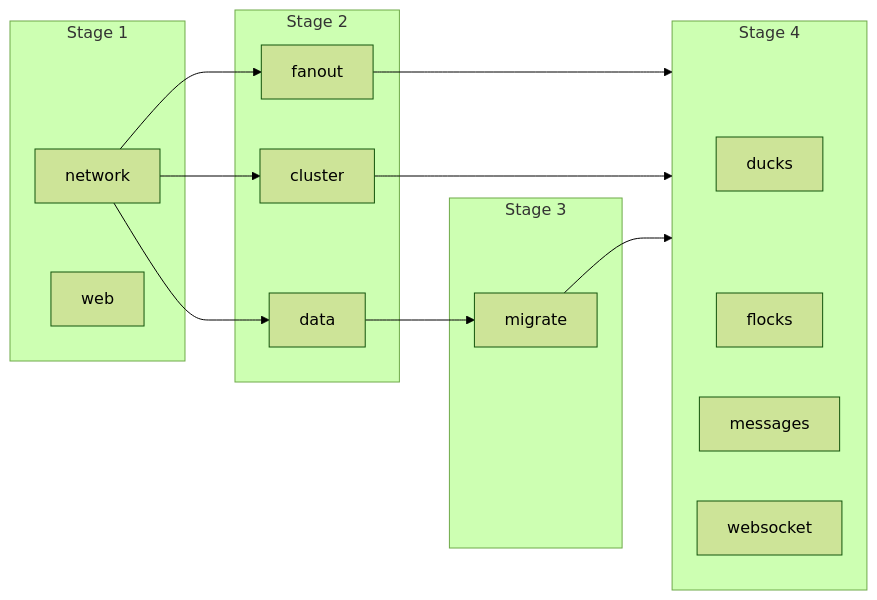
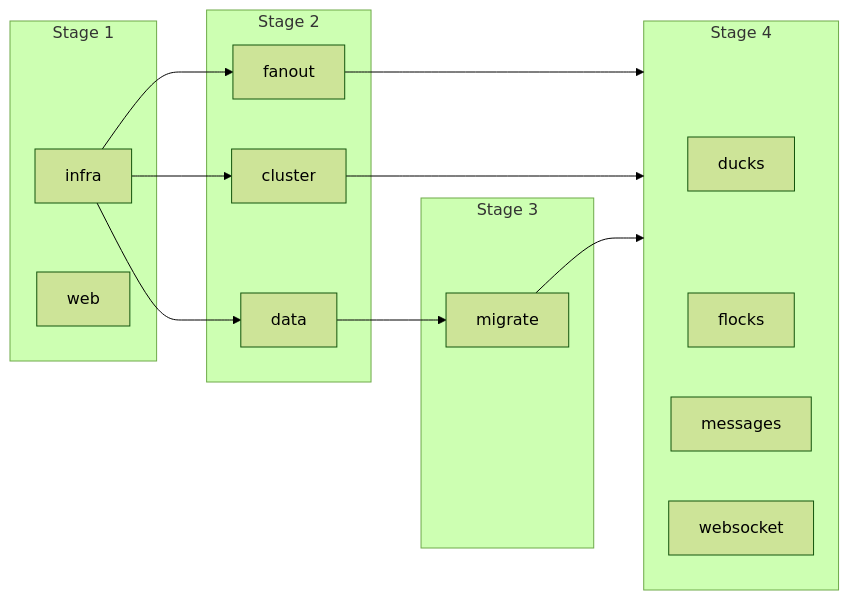
Before and after one commit to fractionalJoe/quack: the diagram in docs/design/operational-design.md, drawn with Mermaid. The commit also changed 14 other files, not shown here.

````diff
--- a/docs/design/operational-design.md
+++ b/docs/design/operational-design.md
@@ -9,29 +9,29 @@
 ```mermaid
 ---
 config:
   theme: forest
 ---
 flowchart LR
     subgraph s1[Stage 1]
-        network
+        infra
         web
     end
     subgraph s2[Stage 2]
         data
         cluster
         fanout
     end
     subgraph s3[Stage 3]
         migrate
     end
     subgraph s4[Stage 4]
         ducks
         flocks
         messages
         websocket
     end
-    network --> data & cluster & fanout
+    infra --> data & cluster & fanout
     data --> migrate
     migrate ~~~ ducks & flocks & messages & websocket
     migrate & cluster & fanout --> s4
 ```
````
